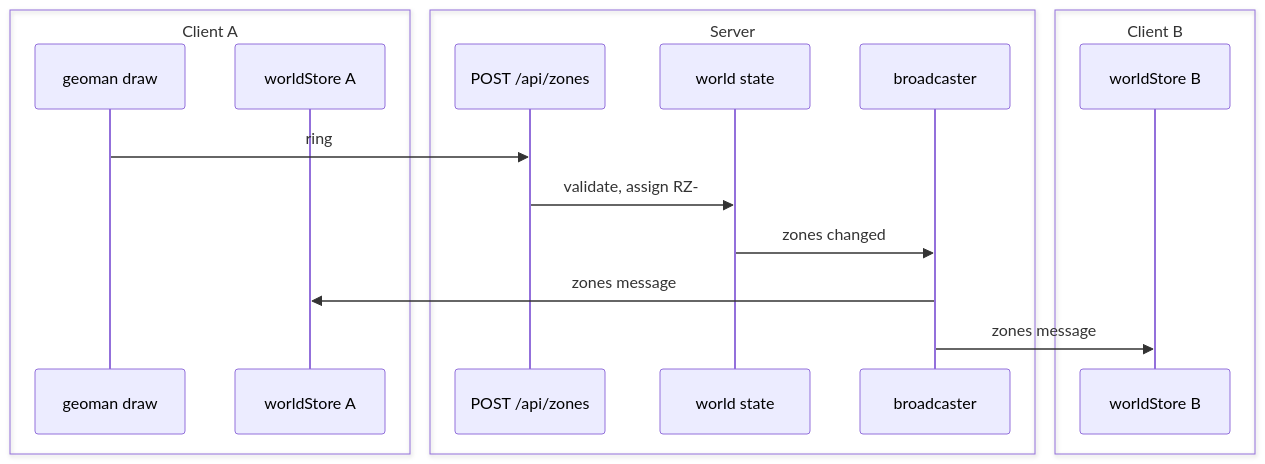
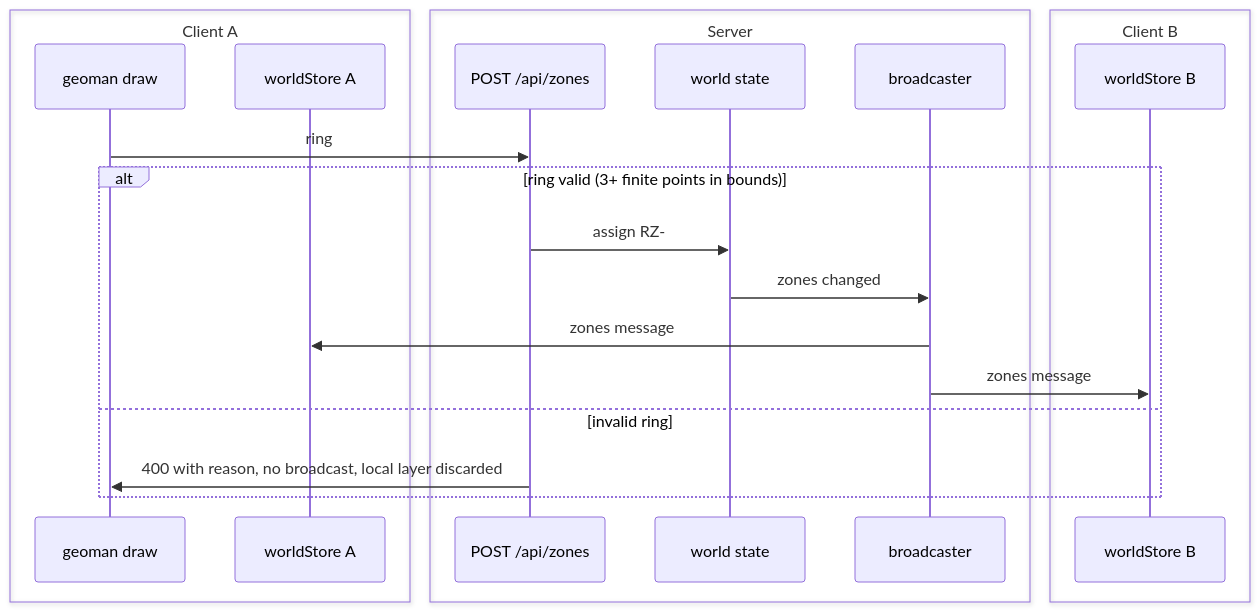
Before and after one commit to ayfor/sentinel: the diagram in docs/stories/S4-zones.md, drawn with Mermaid. The commit also changed 4 other files, not shown here.

````diff
--- a/docs/stories/S4-zones.md
+++ b/docs/stories/S4-zones.md
@@ -38,20 +38,24 @@
 ```mermaid
 sequenceDiagram
     box Client A
         participant GEO as geoman draw
         participant STOREA as worldStore A
     end
     box Server
         participant REST as POST /api/zones
         participant WORLD as world state
         participant CAST as broadcaster
     end
     box Client B
         participant STOREB as worldStore B
     end
     GEO->>REST: ring
-    REST->>WORLD: validate, assign RZ-##, store
-    WORLD->>CAST: zones changed
-    CAST->>STOREA: zones message
-    CAST->>STOREB: zones message
+    alt ring valid (3+ finite points in bounds)
+        REST->>WORLD: assign RZ-##, store
+        WORLD->>CAST: zones changed
+        CAST->>STOREA: zones message
+        CAST->>STOREB: zones message
+    else invalid ring
+        REST->>GEO: 400 with reason, no broadcast, local layer discarded
+    end
 ```
````
